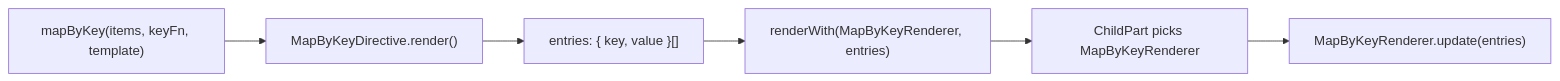
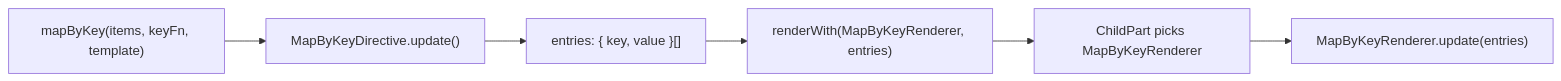
One commit to metasong/std-ui changed the diagram in std-ui/src/element/template/directives/map-by-key/design.md. Above: the diagram before and after it, drawn with Mermaid. The commit also changed other lines of this file and 9 other files, not shown here.

````diff
--- a/std-ui/src/element/template/directives/map-by-key/design.md
+++ b/std-ui/src/element/template/directives/map-by-key/design.md
@@ -28,8 +28,8 @@
 ```mermaid
 flowchart LR
-  A["mapByKey(items, keyFn, template)"] --> B["MapByKeyDirective.render()"]
+  A["mapByKey(items, keyFn, template)"] --> B["MapByKeyDirective.update()"]
   B --> C["entries: { key, value }[]"]
   C --> D["renderWith(MapByKeyRenderer, entries)"]
   D --> E["ChildPart picks MapByKeyRenderer"]
   E --> F["MapByKeyRenderer.update(entries)"]
 ```
````
